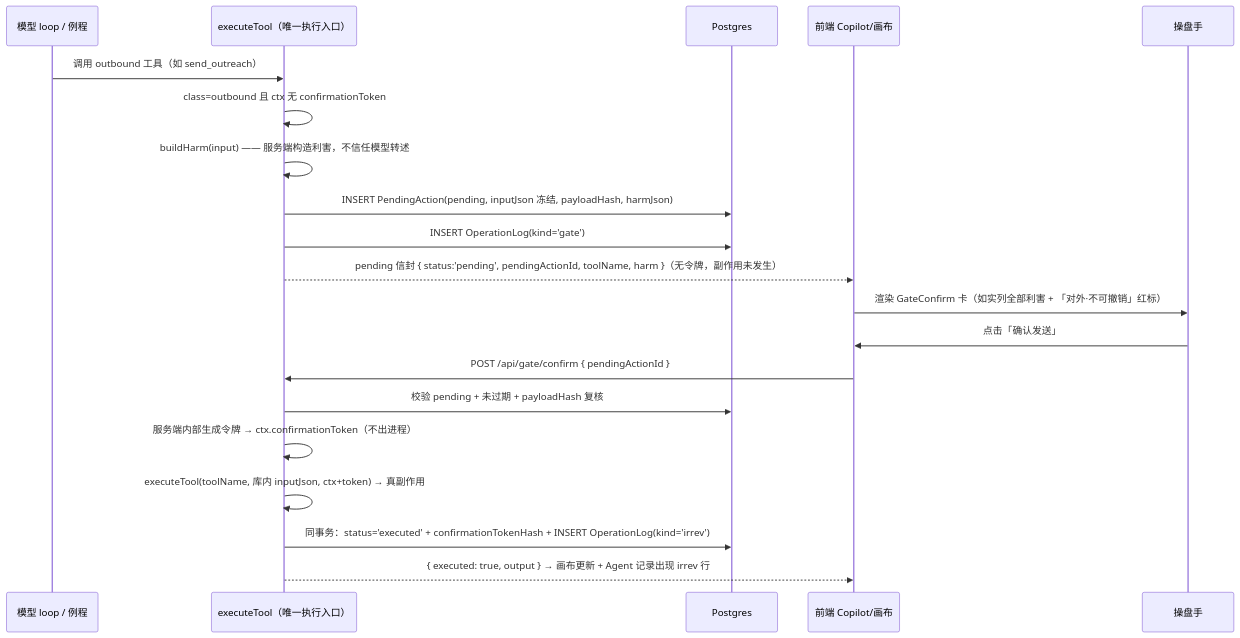
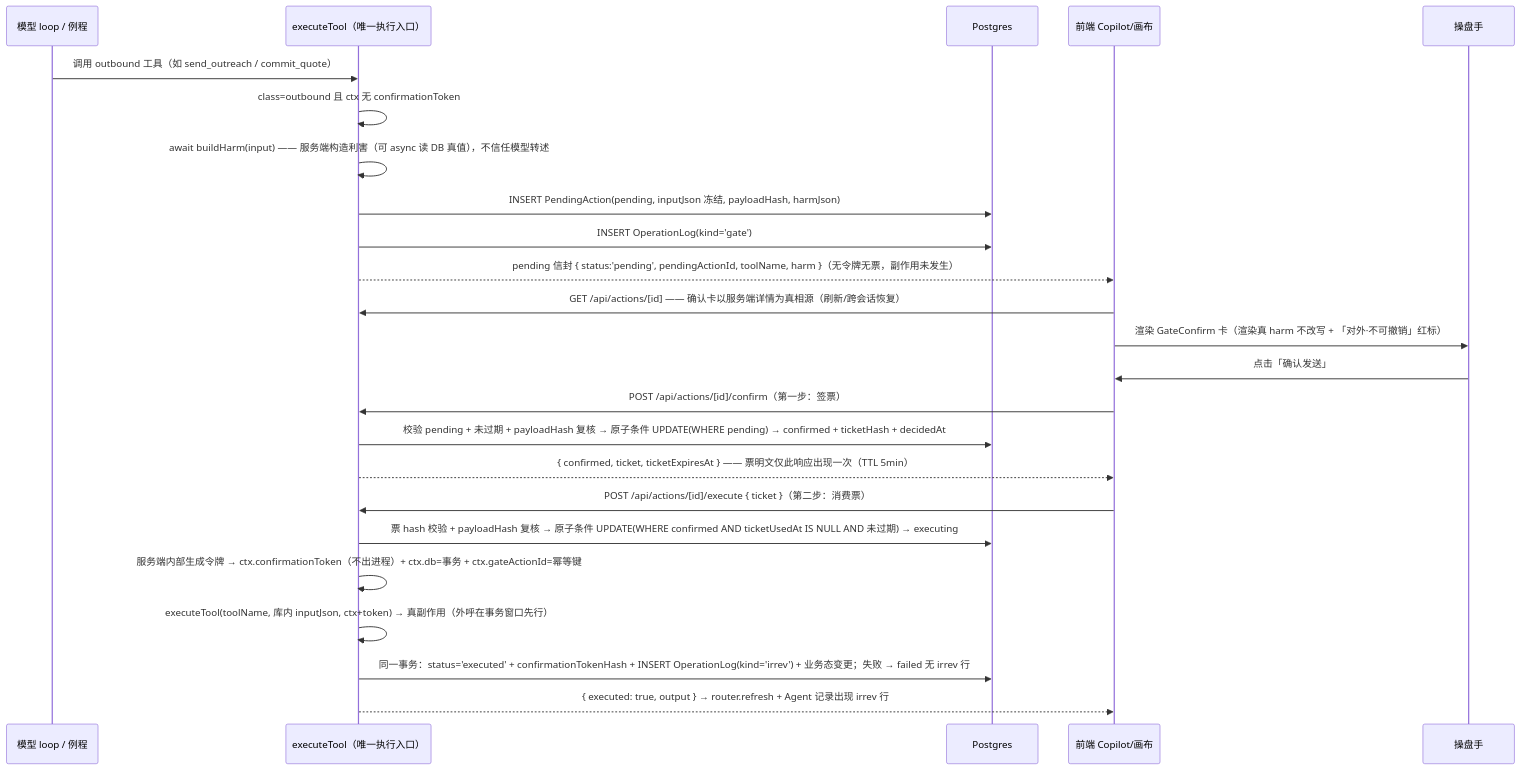
The fifth of 6 diagrams in docs/dev/architecture.md (tripplemay/newkolmatrix), drawn with Mermaid before and after one commit. The commit also changed other lines of this file and 12 other files, not shown here.

````diff
--- a/docs/dev/architecture.md
+++ b/docs/dev/architecture.md
@@ -1303,23 +1190,27 @@
 ```mermaid
 sequenceDiagram
     participant M as 模型 loop / 例程
     participant EX as executeTool（唯一执行入口）
     participant DB as Postgres
     participant FE as 前端 Copilot/画布
     participant H as 操盘手
 
-    M->>EX: 调用 outbound 工具（如 send_outreach）
+    M->>EX: 调用 outbound 工具（如 send_outreach / commit_quote）
     EX->>EX: class=outbound 且 ctx 无 confirmationToken
-    EX->>EX: buildHarm(input) —— 服务端构造利害，不信任模型转述
+    EX->>EX: await buildHarm(input) —— 服务端构造利害（可 async 读 DB 真值），不信任模型转述
     EX->>DB: INSERT PendingAction(pending, inputJson 冻结, payloadHash, harmJson)
     EX->>DB: INSERT OperationLog(kind='gate')
-    EX-->>FE: pending 信封 { status:'pending', pendingActionId, toolName, harm }（无令牌，副作用未发生）
-    FE->>H: 渲染 GateConfirm 卡（如实列全部利害 + 「对外·不可撤销」红标）
+    EX-->>FE: pending 信封 { status:'pending', pendingActionId, toolName, harm }（无令牌无票，副作用未发生）
+    FE->>EX: GET /api/actions/[id] —— 确认卡以服务端详情为真相源（刷新/跨会话恢复）
+    FE->>H: 渲染 GateConfirm 卡（渲染真 harm 不改写 + 「对外·不可撤销」红标）
     H->>FE: 点击「确认发送」
-    FE->>EX: POST /api/gate/confirm { pendingActionId }
-    EX->>DB: 校验 pending + 未过期 + payloadHash 复核
-    EX->>EX: 服务端内部生成令牌 → ctx.confirmationToken（不出进程）
-    EX->>EX: executeTool(toolName, 库内 inputJson, ctx+token) → 真副作用
-    EX->>DB: 同事务：status='executed' + confirmationTokenHash + INSERT OperationLog(kind='irrev')
-    EX-->>FE: { executed: true, output } → 画布更新 + Agent 记录出现 irrev 行
+    FE->>EX: POST /api/actions/[id]/confirm（第一步：签票）
+    EX->>DB: 校验 pending + 未过期 + payloadHash 复核 → 原子条件 UPDATE(WHERE pending) → confirmed + ticketHash + decidedAt
+    EX-->>FE: { confirmed, ticket, ticketExpiresAt } —— 票明文仅此响应出现一次（TTL 5min）
+    FE->>EX: POST /api/actions/[id]/execute { ticket }（第二步：消费票）
+    EX->>DB: 票 hash 校验 + payloadHash 复核 → 原子条件 UPDATE(WHERE confirmed AND ticketUsedAt IS NULL AND 未过期) → executing
+    EX->>EX: 服务端内部生成令牌 → ctx.confirmationToken（不出进程）+ ctx.db=事务 + ctx.gateActionId=幂等键
+    EX->>EX: executeTool(toolName, 库内 inputJson, ctx+token) → 真副作用（外呼在事务窗口先行）
+    EX->>DB: 同一事务：status='executed' + confirmationTokenHash + INSERT OperationLog(kind='irrev') + 业务态变更；失败 → failed 无 irrev 行
+    EX-->>FE: { executed: true, output } → router.refresh + Agent 记录出现 irrev 行
 ```
````
